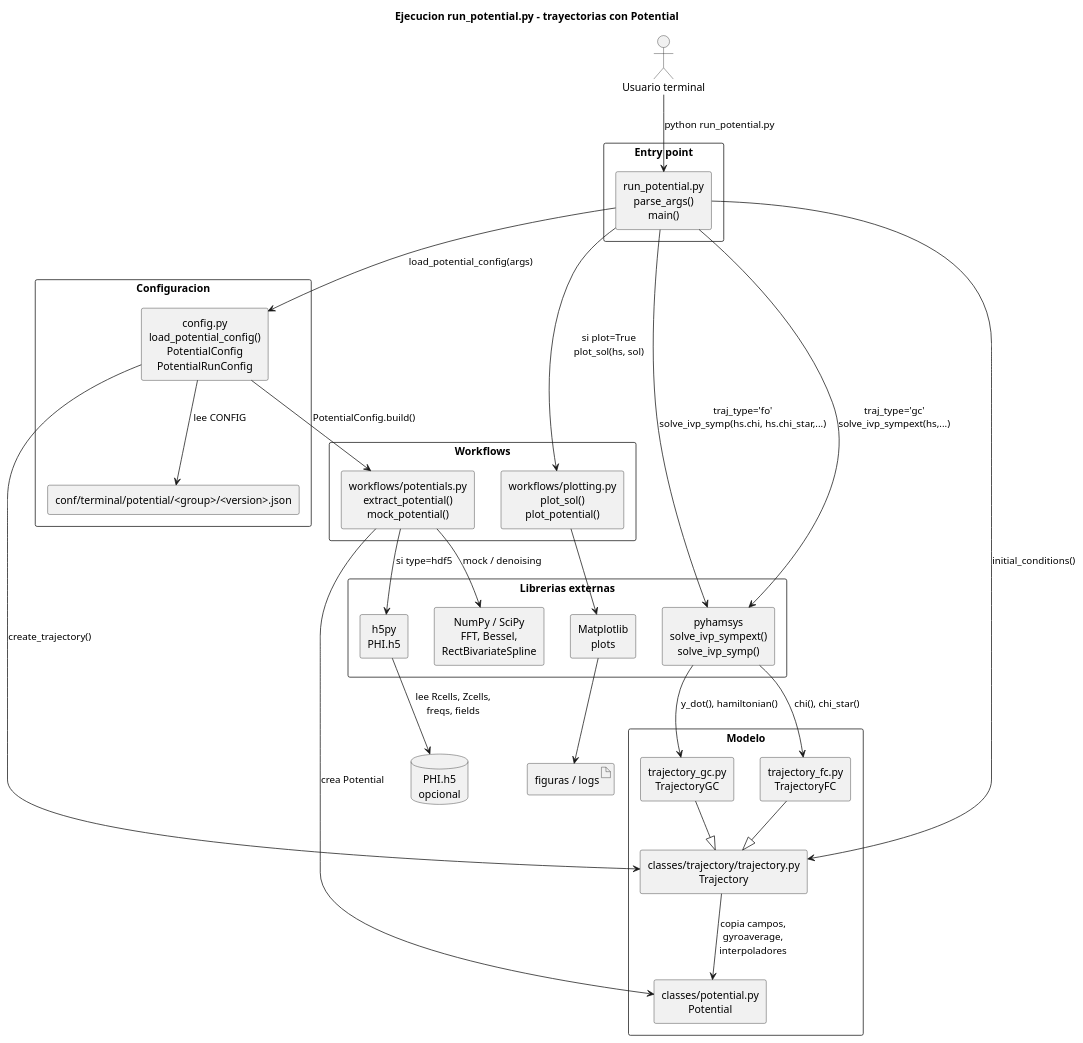
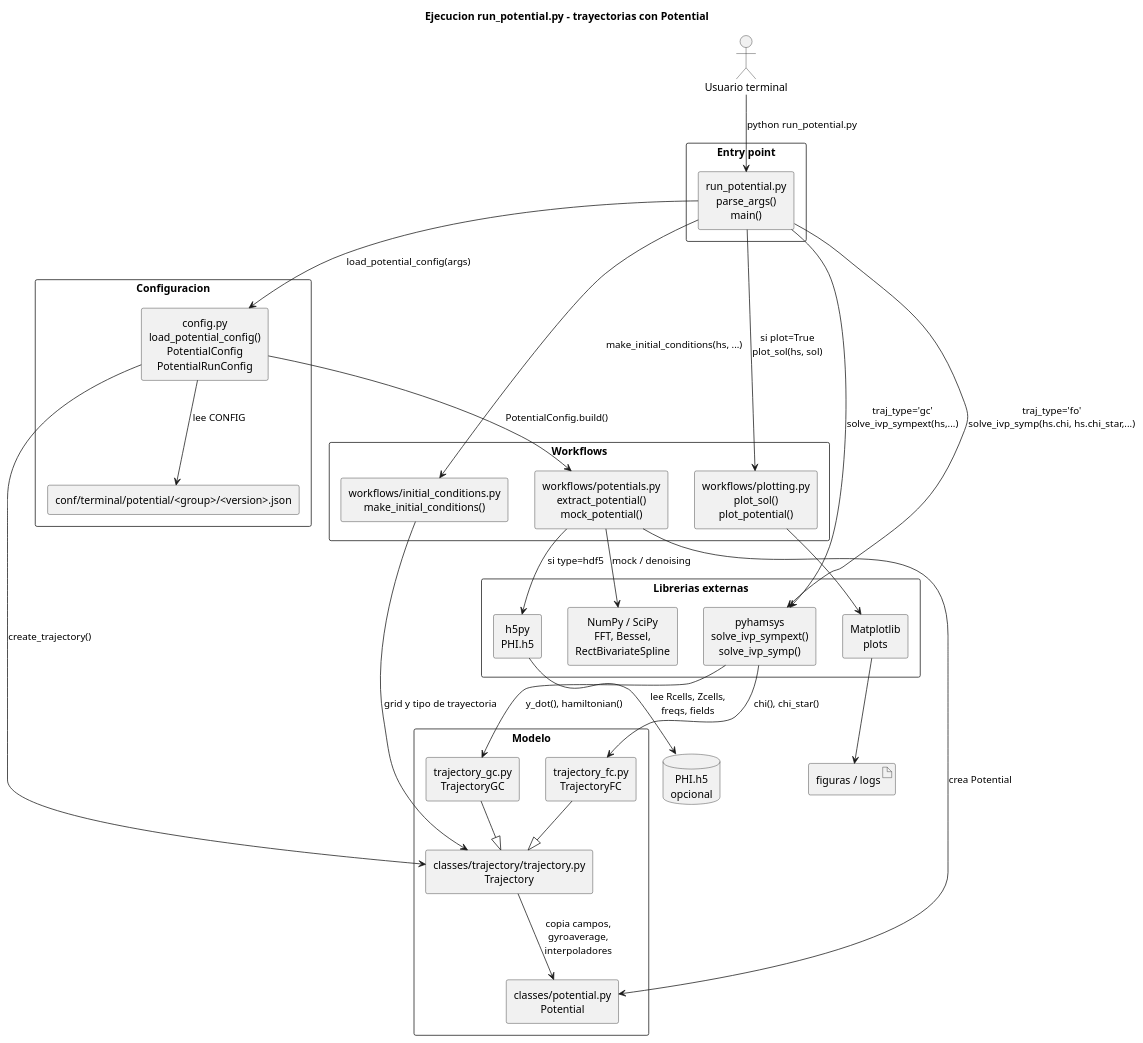
The diagram in docs/potential_execution/flow.puml (Jugibe-52/GC2D_intranet), drawn with PlantUML before and after one commit. The commit also changed 13 other files, not shown here.

```diff
--- a/docs/potential_execution/flow.puml
+++ b/docs/potential_execution/flow.puml
@@ -1,67 +1,69 @@
 @startuml Trajectory_potential_execution_flow
 title Ejecucion run_potential.py - trayectorias con Potential
 
 skinparam componentStyle rectangle
 skinparam shadowing false
 skinparam packageStyle rectangle
 skinparam defaultTextAlignment center
 
 actor "Usuario terminal" as user
 
 package "Entry point" {
   component "run_potential.py\nparse_args()\nmain()" as cli
 }
 
 package "Configuracion" {
   component "conf/terminal/potential/<group>/<version>.json" as json
   component "config.py\nload_potential_config()\nPotentialConfig\nPotentialRunConfig" as config
 }
 
 package "Workflows" {
   component "workflows/potentials.py\nextract_potential()\nmock_potential()" as potentials
   component "workflows/plotting.py\nplot_sol()\nplot_potential()" as plotting
+  component "workflows/initial_conditions.py\nmake_initial_conditions()" as initial_conditions
 }
 
 package "Modelo" {
   component "classes/potential.py\nPotential" as potential
   component "classes/trajectory/trajectory.py\nTrajectory" as trajectory
   component "trajectory_gc.py\nTrajectoryGC" as trajectory_gc
   component "trajectory_fc.py\nTrajectoryFC" as trajectory_fc
 }
 
 package "Librerias externas" {
   component "h5py\nPHI.h5" as h5py
   component "NumPy / SciPy\nFFT, Bessel,\nRectBivariateSpline" as scipy
   component "pyhamsys\nsolve_ivp_sympext()\nsolve_ivp_symp()" as pyhamsys
   component "Matplotlib\nplots" as mpl
 }
 
 database "PHI.h5\nopcional" as hdf5
 artifact "figuras / logs" as outputs
 
 user --> cli : python run_potential.py
 cli --> config : load_potential_config(args)
 config --> json : lee CONFIG
 
 config --> potentials : PotentialConfig.build()
 potentials --> h5py : si type=hdf5
 h5py --> hdf5 : lee Rcells, Zcells,\nfreqs, fields
 potentials --> potential : crea Potential
 potentials --> scipy : mock / denoising
 
 config --> trajectory : create_trajectory()
 trajectory_gc --|> trajectory
 trajectory_fc --|> trajectory
 trajectory --> potential : copia campos,\ngyroaverage,\ninterpoladores
 
-cli --> trajectory : initial_conditions()
+cli --> initial_conditions : make_initial_conditions(hs, ...)
+initial_conditions --> trajectory : grid y tipo de trayectoria
 cli --> pyhamsys : traj_type='gc'\nsolve_ivp_sympext(hs,...)
 cli --> pyhamsys : traj_type='fo'\nsolve_ivp_symp(hs.chi, hs.chi_star,...)
 pyhamsys --> trajectory_gc : y_dot(), hamiltonian()
 pyhamsys --> trajectory_fc : chi(), chi_star()
 
 cli --> plotting : si plot=True\nplot_sol(hs, sol)
 plotting --> mpl
 mpl --> outputs
 
 @enduml
```
